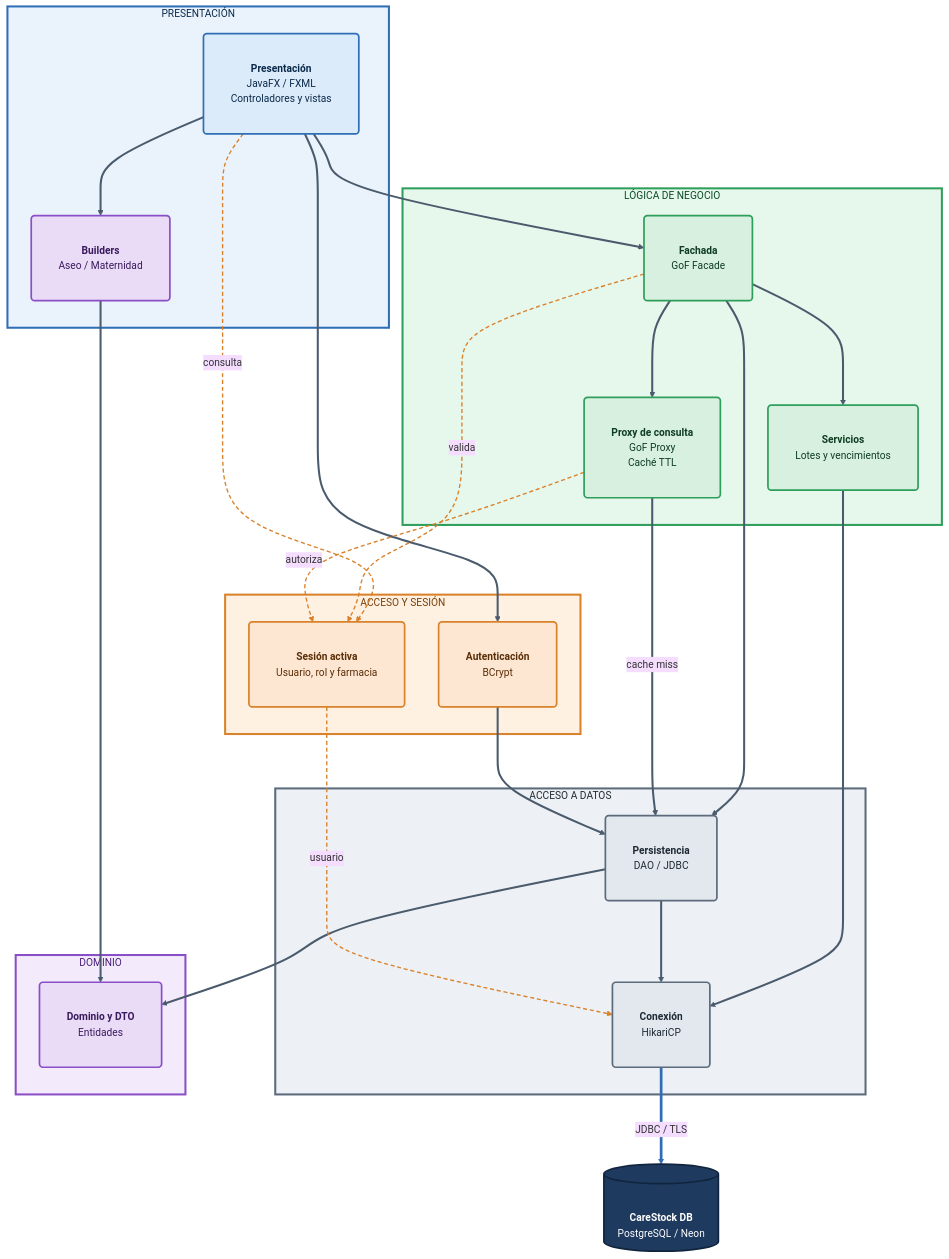
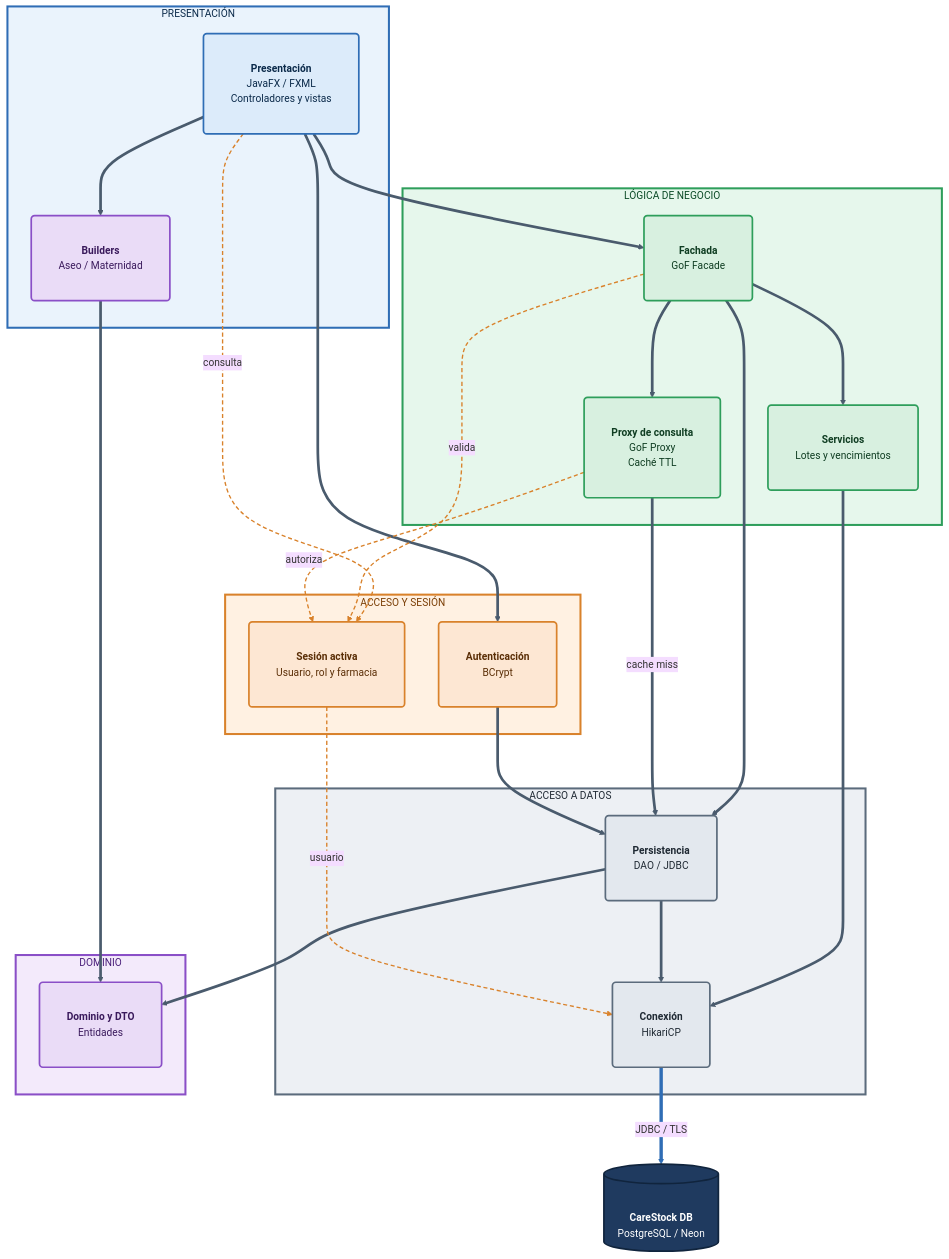
Before and after one commit to puj-course/FIS_2630_1204_G1: the diagram in docs/diagramas/DIAGRAMA_COMPONENTES_C4.md, drawn with Mermaid.

```diff
--- a/docs/diagramas/DIAGRAMA_COMPONENTES_C4.md
+++ b/docs/diagramas/DIAGRAMA_COMPONENTES_C4.md
@@ -37,28 +37,28 @@
 }}%%
 flowchart TB
 
-    subgraph presentacion ["     PRESENTACIÓN     "]
+    subgraph presentacion ["PRESENTACIÓN"]
         ui("<b>Presentación</b><br/>JavaFX / FXML<br/>Controladores y vistas")
         builder("<b>Builders</b><br/>Aseo / Maternidad")
     end
 
-    subgraph acceso ["     ACCESO Y SESIÓN     "]
+    subgraph acceso ["ACCESO Y SESIÓN"]
         auth("<b>Autenticación</b><br/>BCrypt")
         sesion("<b>Sesión activa</b><br/>Usuario, rol y farmacia")
     end
 
-    subgraph negocio ["     LÓGICA DE NEGOCIO     "]
+    subgraph negocio ["LÓGICA DE NEGOCIO"]
         fachada("<b>Fachada</b><br/>GoF Facade")
         proxy("<b>Proxy de consulta</b><br/>GoF Proxy<br/>Caché TTL")
         servicios("<b>Servicios</b><br/>Lotes y vencimientos")
     end
 
-    subgraph datos ["     ACCESO A DATOS     "]
+    subgraph datos ["ACCESO A DATOS"]
         dao("<b>Persistencia</b><br/>DAO / JDBC")
         conexion("<b>Conexión</b><br/>HikariCP")
     end
 
-    subgraph dominio ["     DOMINIO     "]
+    subgraph dominio ["DOMINIO"]
         modelo("<b>Dominio y DTO</b><br/>Entidades")
     end
 
@@ -87,8 +87,8 @@
     proxy -.->|"autoriza"| sesion
     sesion -.->|"usuario"| conexion
 
-    linkStyle 0,1,2,3,4,5,6,7,8,9,10,11 stroke:#4A5B6D,stroke-width:3px
-    linkStyle 12 stroke:#2F6DB5,stroke-width:4px
+    linkStyle 0,1,2,3,4,5,6,7,8,9,10,11 stroke:#4A5B6D,stroke-width:4px
+    linkStyle 12 stroke:#2F6DB5,stroke-width:5px
     linkStyle 13,14,15,16 stroke:#D9822B,stroke-width:2px,stroke-dasharray:6 4
 
     classDef presentacionC fill:#DCEBFA,stroke:#2F6DB5,stroke-width:2.5px,color:#0B2A4A
```
